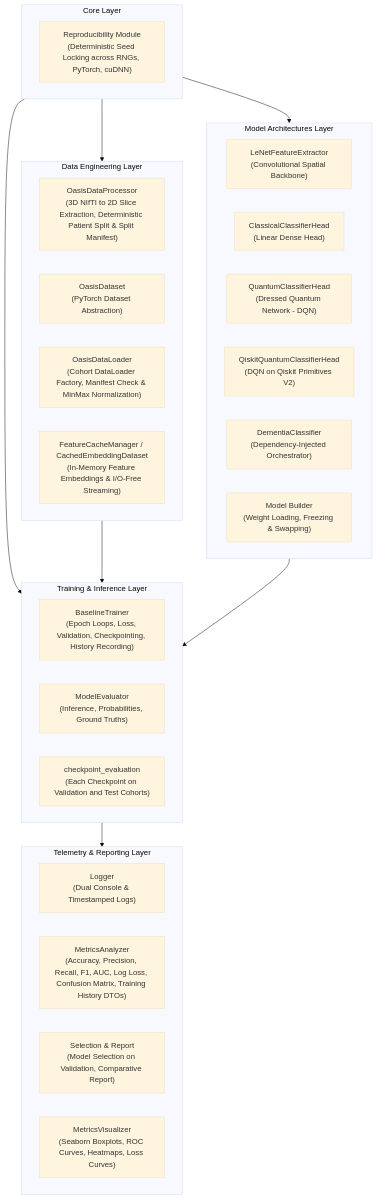
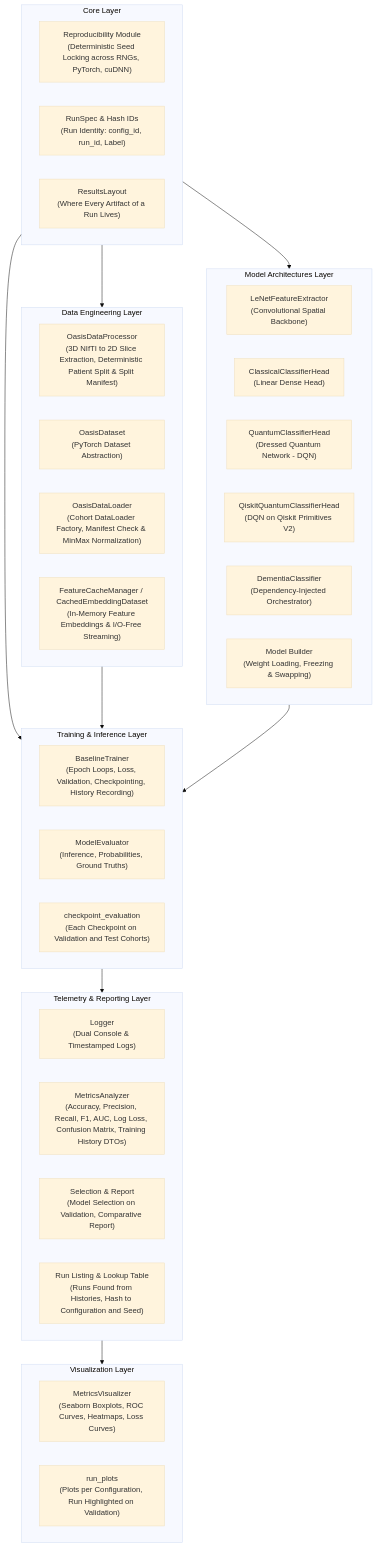
The first of 6 diagrams in docs/architecture.md (IC-QML-QTL-Dementia-Detection/dementia-boost), drawn with Mermaid (base theme) before and after one commit. The commit also changed other lines of this file and 1 other file, not shown here.

Commit message:
docs: describe run identity, the results layout and the viz package

````diff
--- a/docs/architecture.md
+++ b/docs/architecture.md
@@ -11,42 +11,50 @@
 ```mermaid
 flowchart TD
     subgraph Core ["Core Layer"]
         REP["Reproducibility Module<br/>(Deterministic Seed Locking across RNGs, PyTorch, cuDNN)"]
+        IDN["RunSpec & Hash IDs<br/>(Run Identity: config_id, run_id, Label)"]
+        LAY["ResultsLayout<br/>(Where Every Artifact of a Run Lives)"]
     end
 
     subgraph Data ["Data Engineering Layer"]
         ETL_NIFTI["OasisDataProcessor<br/>(3D NIfTI to 2D Slice Extraction, Deterministic Patient Split & Split Manifest)"]
         DS["OasisDataset<br/>(PyTorch Dataset Abstraction)"]
         DL["OasisDataLoader<br/>(Cohort DataLoader Factory, Manifest Check & MinMax Normalization)"]
         CACHE["FeatureCacheManager / CachedEmbeddingDataset<br/>(In-Memory Feature Embeddings & I/O-Free Streaming)"]
     end
 
     subgraph Models ["Model Architectures Layer"]
         FE["LeNetFeatureExtractor<br/>(Convolutional Spatial Backbone)"]
         CH["ClassicalClassifierHead<br/>(Linear Dense Head)"]
         QH["QuantumClassifierHead<br/>(Dressed Quantum Network - DQN)"]
         QKH["QiskitQuantumClassifierHead<br/>(DQN on Qiskit Primitives V2)"]
         DC["DementiaClassifier<br/>(Dependency-Injected Orchestrator)"]
         BUILDER["Model Builder<br/>(Weight Loading, Freezing & Swapping)"]
     end
 
     subgraph Training ["Training & Inference Layer"]
         TR["BaselineTrainer<br/>(Epoch Loops, Loss, Validation, Checkpointing, History Recording)"]
         EV["ModelEvaluator<br/>(Inference, Probabilities, Ground Truths)"]
         CEV["checkpoint_evaluation<br/>(Each Checkpoint on Validation and Test Cohorts)"]
     end
 
     subgraph Telemetry ["Telemetry & Reporting Layer"]
         LOG["Logger<br/>(Dual Console & Timestamped Logs)"]
         MET["MetricsAnalyzer<br/>(Accuracy, Precision, Recall, F1, AUC, Log Loss, Confusion Matrix, Training History DTOs)"]
         SEL["Selection & Report<br/>(Model Selection on Validation, Comparative Report)"]
+        LST["Run Listing & Lookup Table<br/>(Runs Found from Histories, Hash to Configuration and Seed)"]
+    end
+
+    subgraph Viz ["Visualization Layer"]
         VIS["MetricsVisualizer<br/>(Seaborn Boxplots, ROC Curves, Heatmaps, Loss Curves)"]
+        RPL["run_plots<br/>(Plots per Configuration, Run Highlighted on Validation)"]
     end
 
     Core --> Data
     Core --> Models
     Core --> Training
     Data --> Training
     Models --> Training
     Training --> Telemetry
+    Telemetry --> Viz
 ```
````
